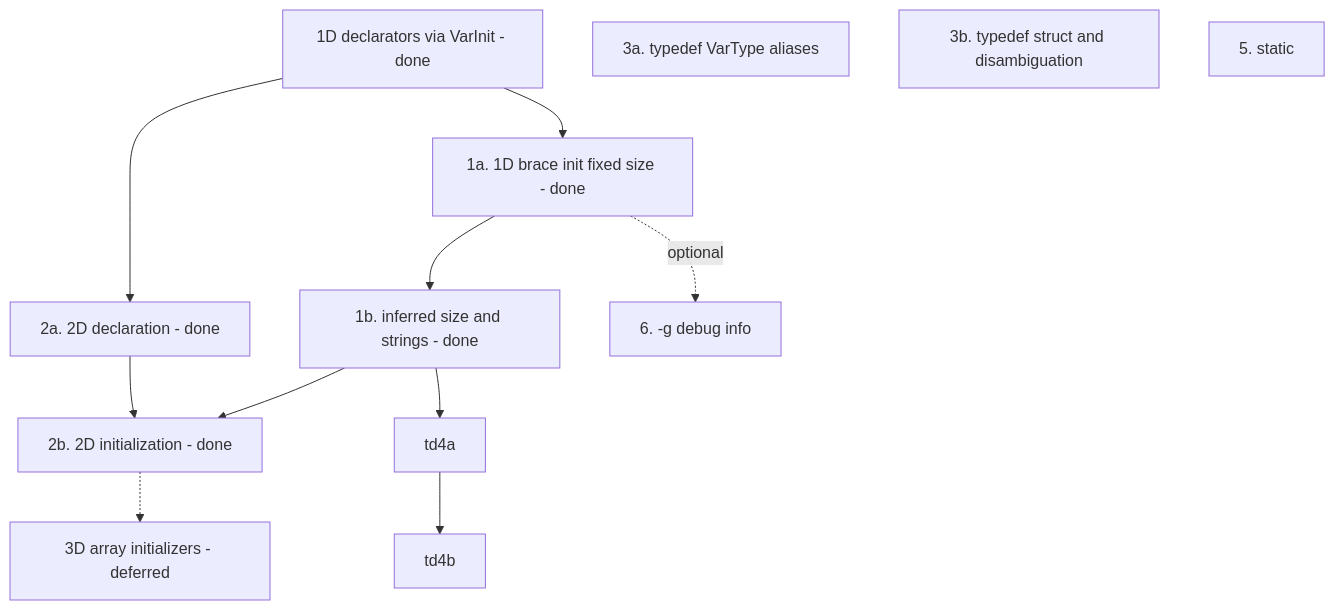
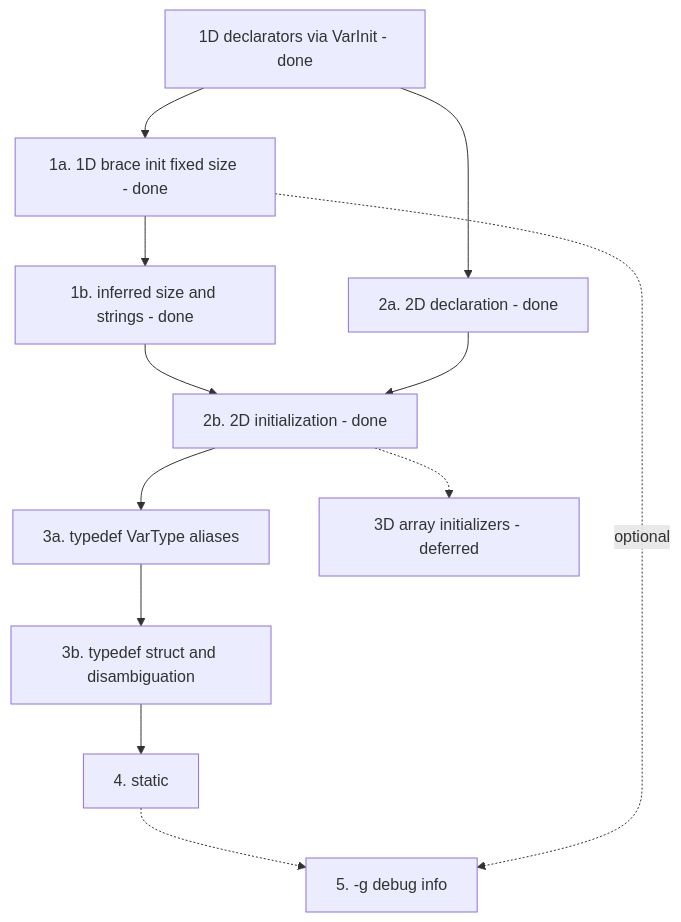
One commit to yanghuafang/lcc changed the diagram in docs/FrontendNotes.md. Above: the diagram before and after it, drawn with Mermaid. The commit also changed other lines of this file and 11 other files, not shown here.

````diff
--- a/docs/FrontendNotes.md
+++ b/docs/FrontendNotes.md
@@ -50,23 +51,24 @@
 ```mermaid
 flowchart TD
   done[1D declarators via VarInit - done]
   init1a[1a. 1D brace init fixed size - done]
   init1b[1b. inferred size and strings - done]
   md2a[2a. 2D declaration - done]
   md2b[2b. 2D initialization - done]
   td3a[3a. typedef VarType aliases]
   td3b[3b. typedef struct and disambiguation]
   md3[3D array initializers - deferred]
-  stat[5. static]
-  dbg[6. -g debug info]
+  stat[4. static]
+  dbg[5. -g debug info]
 
   done --> init1a --> init1b
+  done --> md2a
   init1b --> md2b
-  done --> md2a --> md2b
+  md2a --> md2b
+  md2b --> td3a --> td3b
+  td3b --> stat
   md2b -.-> md3
-  init1b --> td4a --> td4b
-  stat
-  dbg
+  stat -.-> dbg
 
   init1a -.->|optional| dbg
 ```
````
